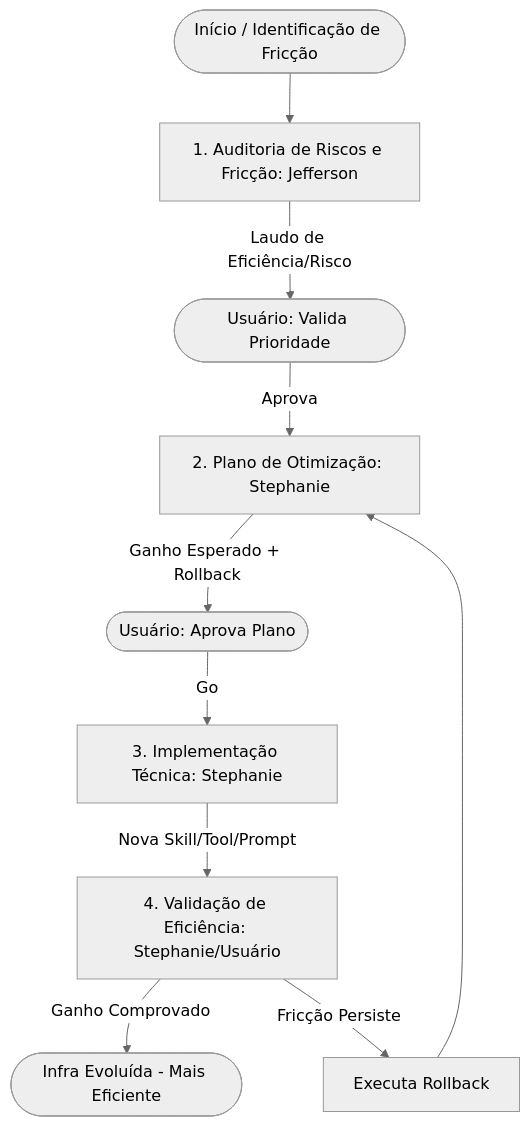
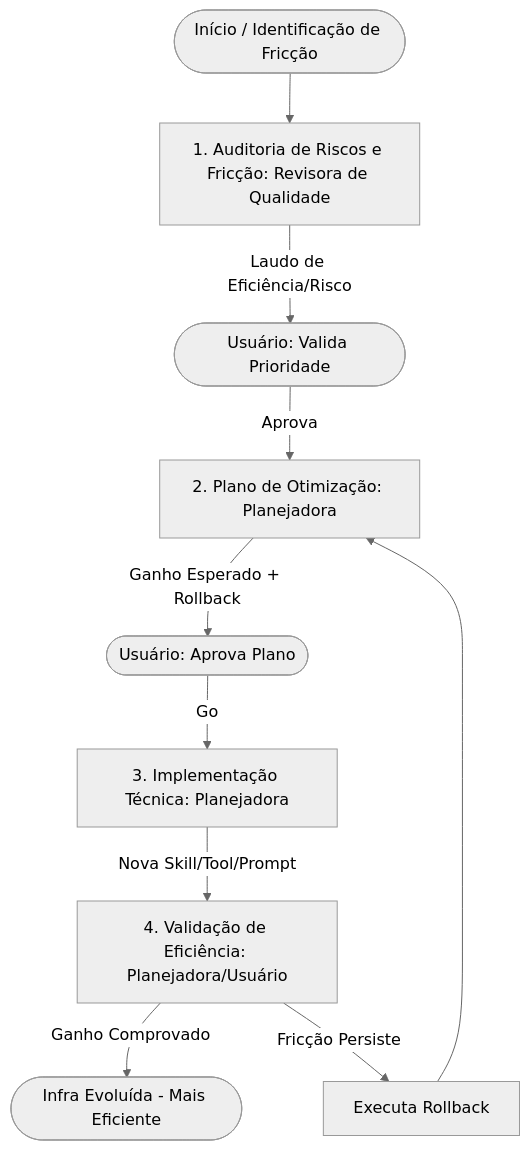
The diagram in skills/infra-evolve/SKILL.md (pipalabs/pi-code), drawn with Mermaid (neutral theme) before and after one commit. The commit also changed other lines of this file and 25 other files, not shown here.

````diff
--- a/skills/infra-evolve/SKILL.md
+++ b/skills/infra-evolve/SKILL.md
@@ -62,12 +62,12 @@
 ```mermaid
 graph TD
-    Start([Início / Identificação de Fricção]) --> Jefferson[1. Auditoria de Riscos e Fricção: Jefferson]
-    Jefferson -->|Laudo de Eficiência/Risco| User1([Usuário: Valida Prioridade])
-    User1 -->|Aprova| StephaniePlan[2. Plano de Otimização: Stephanie]
-    StephaniePlan -->|Ganho Esperado + Rollback| User2([Usuário: Aprova Plano])
-    User2 -->|Go| StephanieExec[3. Implementação Técnica: Stephanie]
-    StephanieExec -->|Nova Skill/Tool/Prompt| Validation[4. Validação de Eficiência: Stephanie/Usuário]
+    Start([Início / Identificação de Fricção]) --> RQ[1. Auditoria de Riscos e Fricção: Revisora de Qualidade]
+    RQ -->|Laudo de Eficiência/Risco| User1([Usuário: Valida Prioridade])
+    User1 -->|Aprova| PLPlan[2. Plano de Otimização: Planejadora]
+    PLPlan -->|Ganho Esperado + Rollback| User2([Usuário: Aprova Plano])
+    User2 -->|Go| PLExec[3. Implementação Técnica: Planejadora]
+    PLExec -->|Nova Skill/Tool/Prompt| Validation[4. Validação de Eficiência: Planejadora/Usuário]
     Validation -->|Ganho Comprovado| End([Infra Evoluída - Mais Eficiente])
     Validation -->|Fricção Persiste| Rollback[Executa Rollback]
-    Rollback --> StephaniePlan
+    Rollback --> PLPlan
 ```
````
